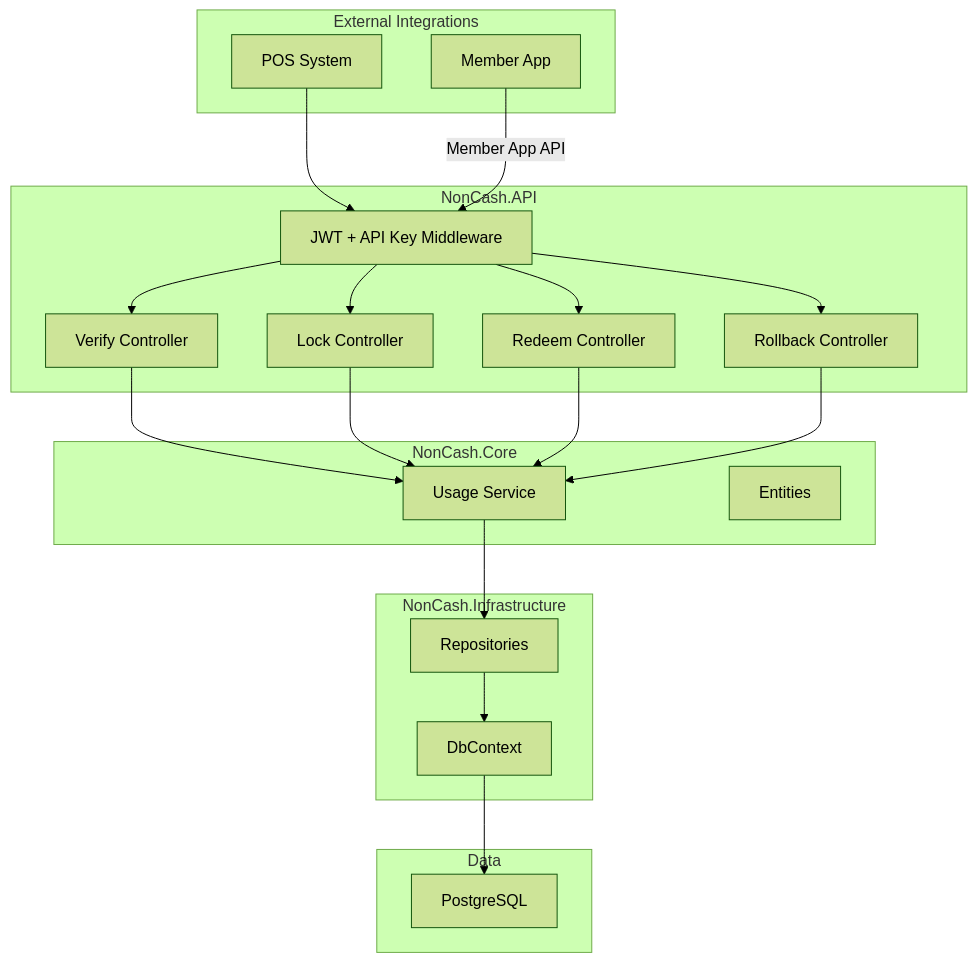
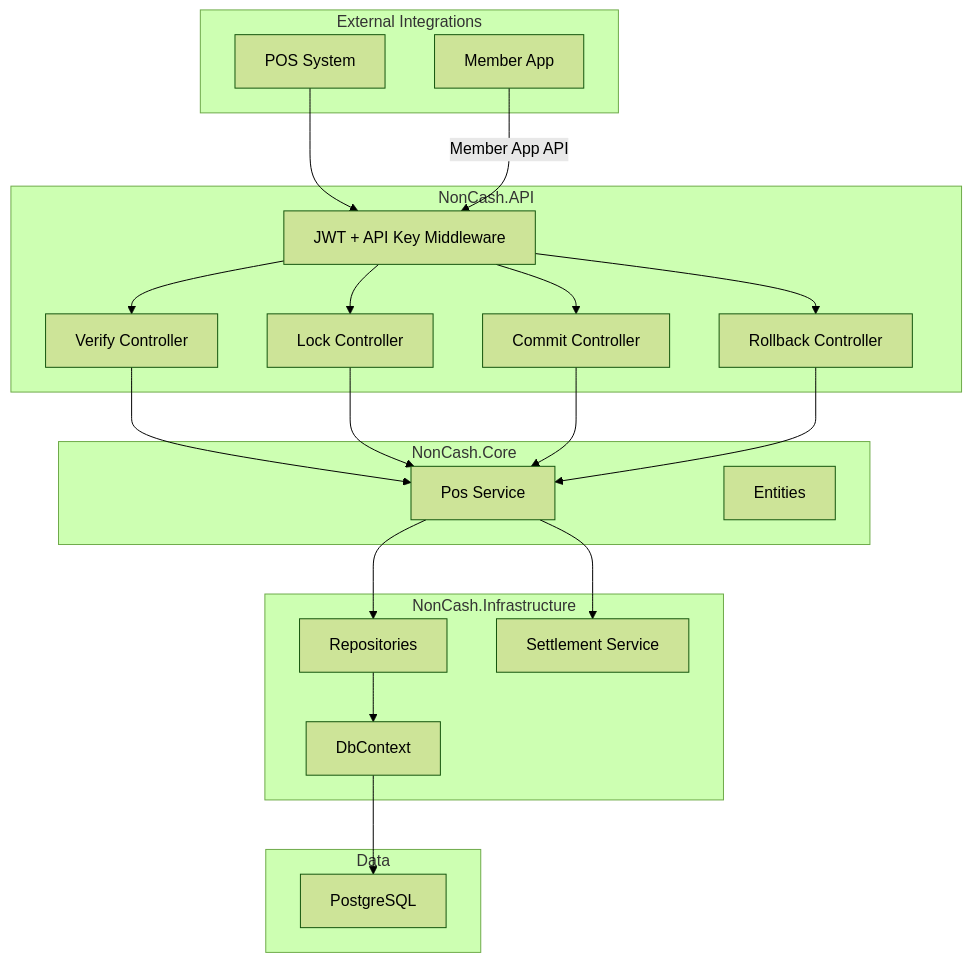
One commit to lamhongbac/NonCash changed the second of 6 diagrams in .qoder/repowiki/en/content/API Contracts and Integration/POS Integration API/POS Integration API.md. Above: the diagram before and after it, drawn with Mermaid (forest theme). The commit also changed other lines of this file and 13 other files, not shown here.

````diff
--- a/.qoder/repowiki/en/content/API Contracts and Integration/POS Integration API/POS Integration API.md
+++ b/.qoder/repowiki/en/content/API Contracts and Integration/POS Integration API/POS Integration API.md
@@ -204,38 +253,40 @@
 ```mermaid
 graph TB
 subgraph "External Integrations"
 POS["POS System"]
 APP["Member App"]
 end
 subgraph "NonCash.API"
 CTRL_VERIFY["Verify Controller"]
 CTRL_LOCK["Lock Controller"]
-CTRL_REDEEM["Redeem Controller"]
+CTRL_COMMIT["Commit Controller"]
 CTRL_ROLLBACK["Rollback Controller"]
 AUTH["JWT + API Key Middleware"]
 end
 subgraph "NonCash.Core"
-SVC_USAGE["Usage Service"]
+SVC_POS["Pos Service"]
 ENTITIES["Entities"]
 end
 subgraph "NonCash.Infrastructure"
 REPO["Repositories"]
+SETTLEMENT["Settlement Service"]
 DBCTX["DbContext"]
 end
 subgraph "Data"
 PG["PostgreSQL"]
 end
 POS --> AUTH
 AUTH --> CTRL_VERIFY
 AUTH --> CTRL_LOCK
-AUTH --> CTRL_REDEEM
+AUTH --> CTRL_COMMIT
 AUTH --> CTRL_ROLLBACK
-CTRL_VERIFY --> SVC_USAGE
-CTRL_LOCK --> SVC_USAGE
-CTRL_REDEEM --> SVC_USAGE
-CTRL_ROLLBACK --> SVC_USAGE
-SVC_USAGE --> REPO
+CTRL_VERIFY --> SVC_POS
+CTRL_LOCK --> SVC_POS
+CTRL_COMMIT --> SVC_POS
+CTRL_ROLLBACK --> SVC_POS
+SVC_POS --> REPO
+SVC_POS --> SETTLEMENT
 REPO --> DBCTX
 DBCTX --> PG
 APP --> |"Member App API"| AUTH
 ```
````
